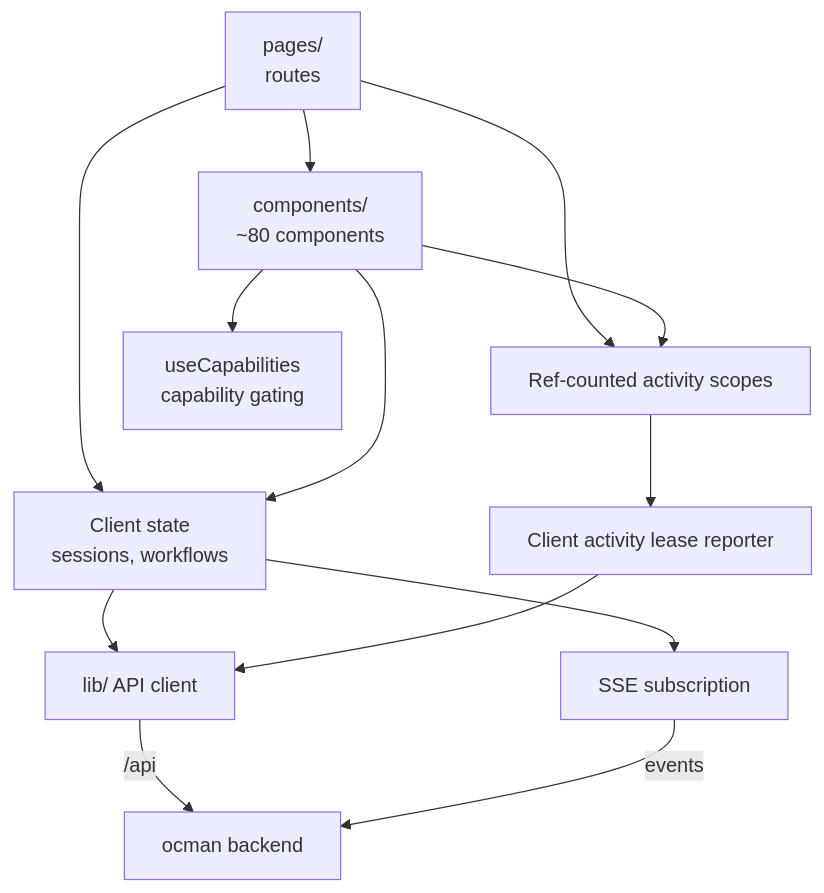
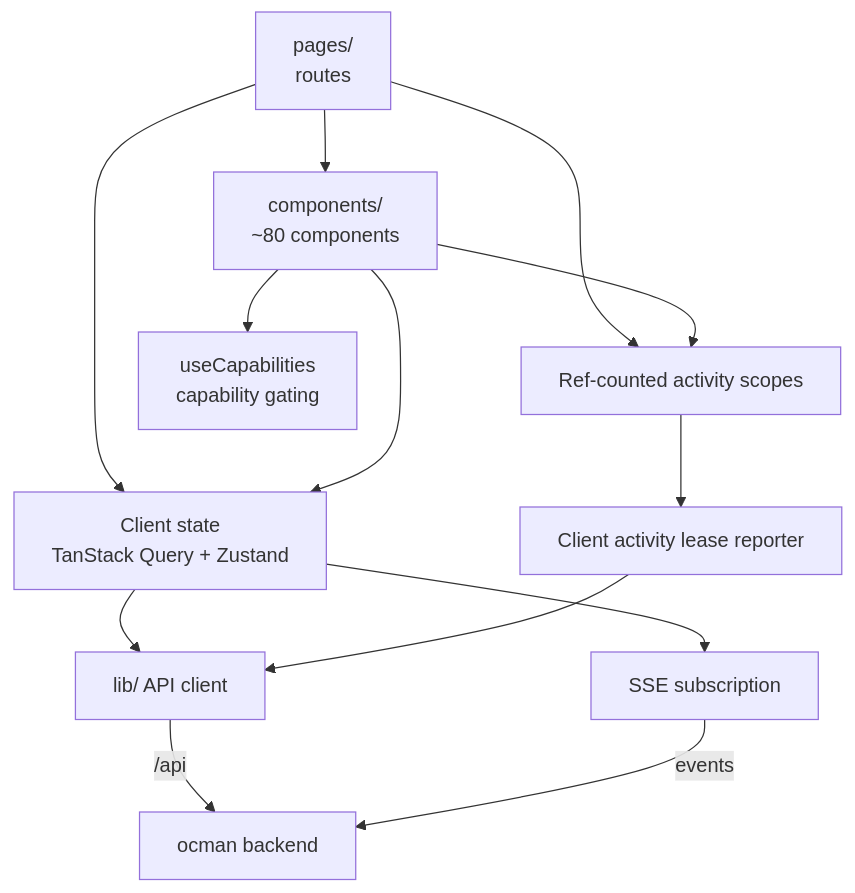
One commit to ocman/ocman changed the fifth of 5 diagrams in docs/other/architecture.md. Above: the diagram before and after it, drawn with Mermaid. The commit also changed other lines of this file and 16 other files, not shown here.

````diff
--- a/docs/other/architecture.md
+++ b/docs/other/architecture.md
@@ -260,15 +266,15 @@
 ```mermaid
 flowchart TD
     Pages[pages/<br/>routes] --> Comp[components/<br/>~80 components]
-     Pages --> Stores[Client state<br/>sessions, workflows]
+    Pages --> Stores[Client state<br/>TanStack Query + Zustand]
     Comp --> Stores
     Stores --> API[lib/ API client]
     Stores --> SSE[SSE subscription]
     Pages --> Scopes[Ref-counted activity scopes]
     Comp --> Scopes
     Scopes --> Reporter[Client activity lease reporter]
     Reporter --> API
     API -->|/api| Hub[ocman backend]
     SSE -->|events| Hub
     Comp --> Caps[useCapabilities<br/>capability gating]
 ```
````
